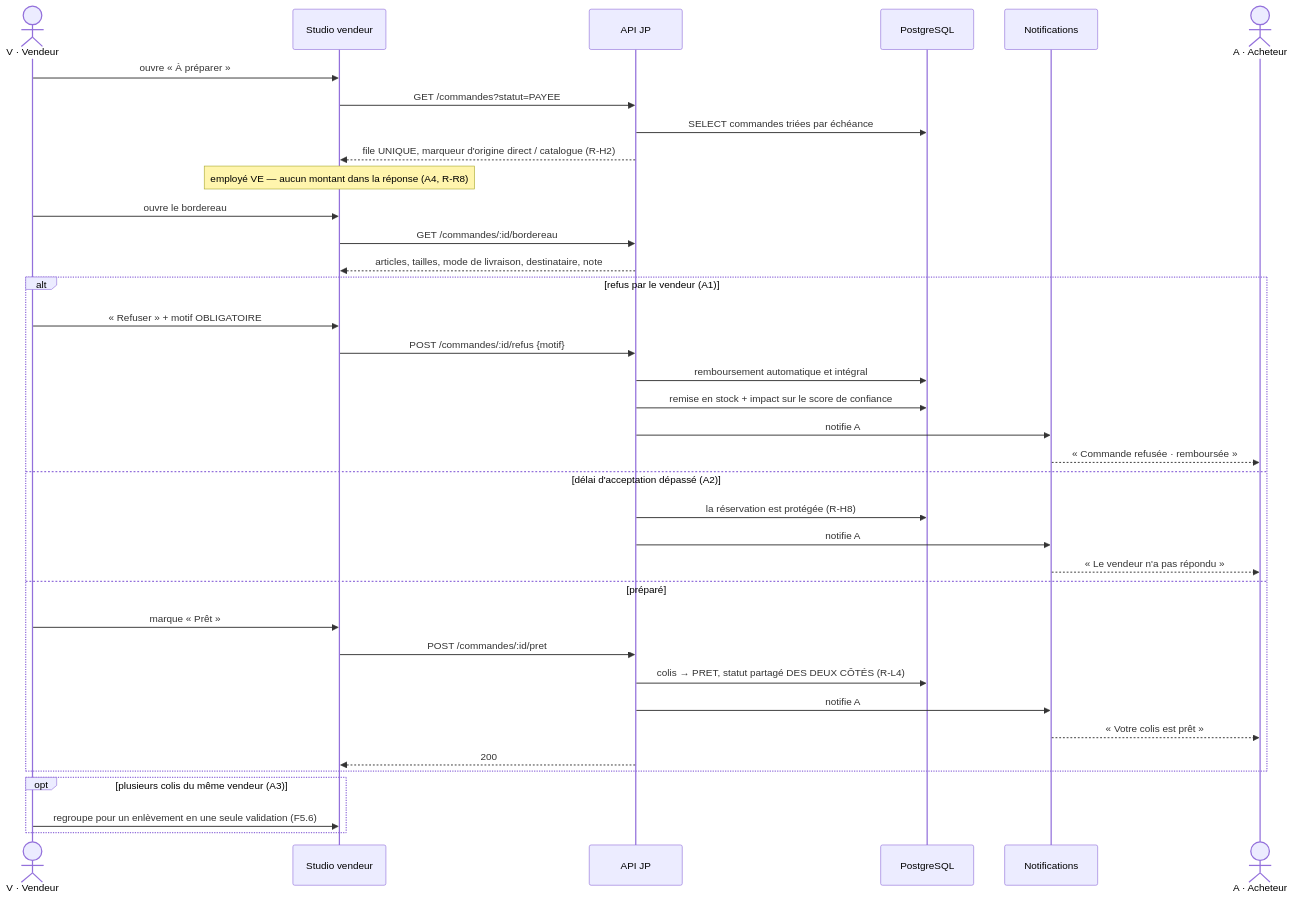
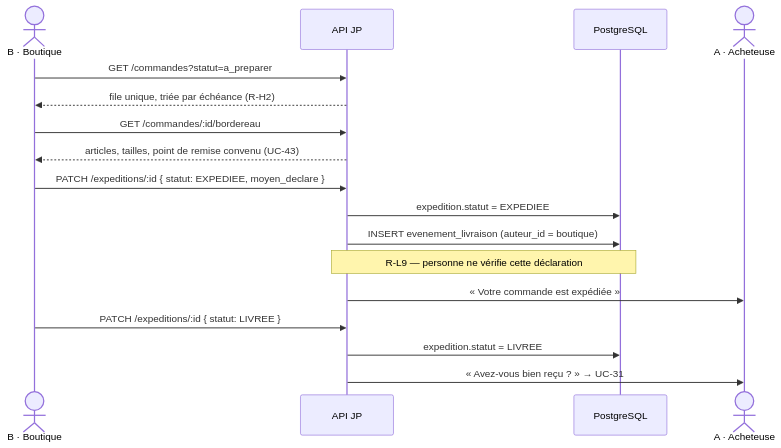
Before and after one commit to andokevin/jp: diagram 13 of 26 in docs/JP_CAS_UTILISATION.md, drawn with Mermaid. The commit also changed other lines of this file and 58 other files, not shown here.

````diff
--- a/docs/JP_CAS_UTILISATION.md
+++ b/docs/JP_CAS_UTILISATION.md
@@ -1080,39 +1018,22 @@
 ```mermaid
 sequenceDiagram
-    actor V as V · Vendeur
-    participant APP as Studio vendeur
+    actor B as B · Boutique
     participant API as API JP
     participant DB as PostgreSQL
-    participant NOT as Notifications
-    actor A as A · Acheteur
-    V->>APP: ouvre « À préparer »
-    APP->>API: GET /commandes?statut=PAYEE
-    API->>DB: SELECT commandes triées par échéance
-    API-->>APP: file UNIQUE, marqueur d'origine direct / catalogue (R-H2)
-    Note over APP: employé VE — aucun montant dans la réponse (A4, R-R8)
-    V->>APP: ouvre le bordereau
-    APP->>API: GET /commandes/:id/bordereau
-    API-->>APP: articles, tailles, mode de livraison, destinataire, note
-    alt refus par le vendeur (A1)
-        V->>APP: « Refuser » + motif OBLIGATOIRE
-        APP->>API: POST /commandes/:id/refus {motif}
-        API->>DB: remboursement automatique et intégral
-        API->>DB: remise en stock + impact sur le score de confiance
-        API->>NOT: notifie A
-        NOT-->>A: « Commande refusée · remboursée »
-    else délai d'acceptation dépassé (A2)
-        API->>DB: la réservation est protégée (R-H8)
-        API->>NOT: notifie A
-        NOT-->>A: « Le vendeur n'a pas répondu »
-    else préparé
-        V->>APP: marque « Prêt »
-        APP->>API: POST /commandes/:id/pret
-        API->>DB: colis → PRET, statut partagé DES DEUX CÔTÉS (R-L4)
-        API->>NOT: notifie A
-        NOT-->>A: « Votre colis est prêt »
-        API-->>APP: 200
-    end
-    opt plusieurs colis du même vendeur (A3)
-        V->>APP: regroupe pour un enlèvement en une seule validation (F5.6)
-    end
+    actor A as A · Acheteuse
+
+    B->>API: GET /commandes?statut=a_preparer
+    API-->>B: file unique, triée par échéance (R-H2)
+    B->>API: GET /commandes/:id/bordereau
+    API-->>B: articles, tailles, point de remise convenu (UC-43)
+
+    B->>API: PATCH /expeditions/:id { statut: EXPEDIEE, moyen_declare }
+    API->>DB: expedition.statut = EXPEDIEE
+    API->>DB: INSERT evenement_livraison (auteur_id = boutique)
+    Note over API,DB: R-L9 — personne ne vérifie cette déclaration
+    API->>A: « Votre commande est expédiée »
+
+    B->>API: PATCH /expeditions/:id { statut: LIVREE }
+    API->>DB: expedition.statut = LIVREE
+    API->>A: « Avez-vous bien reçu ? » → UC-31
 ```
````
